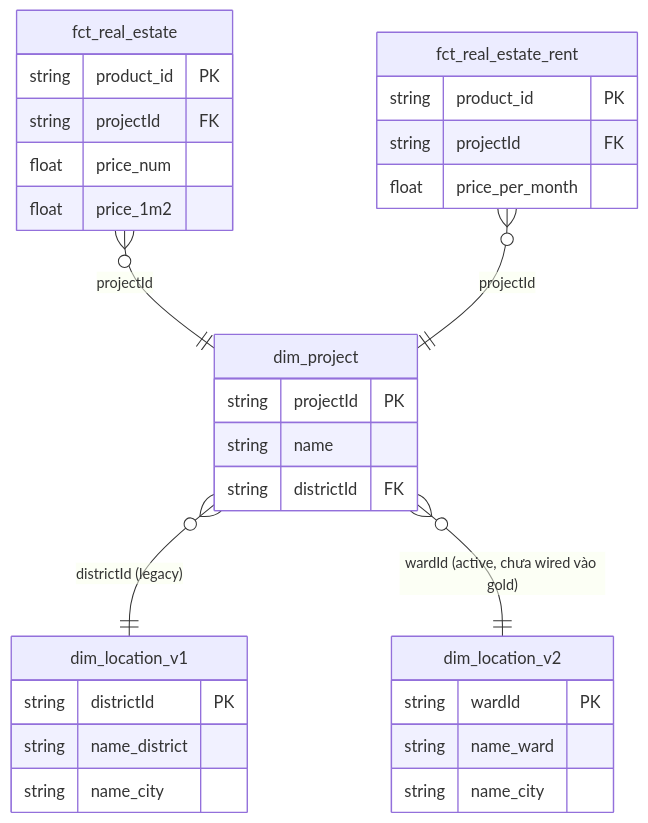
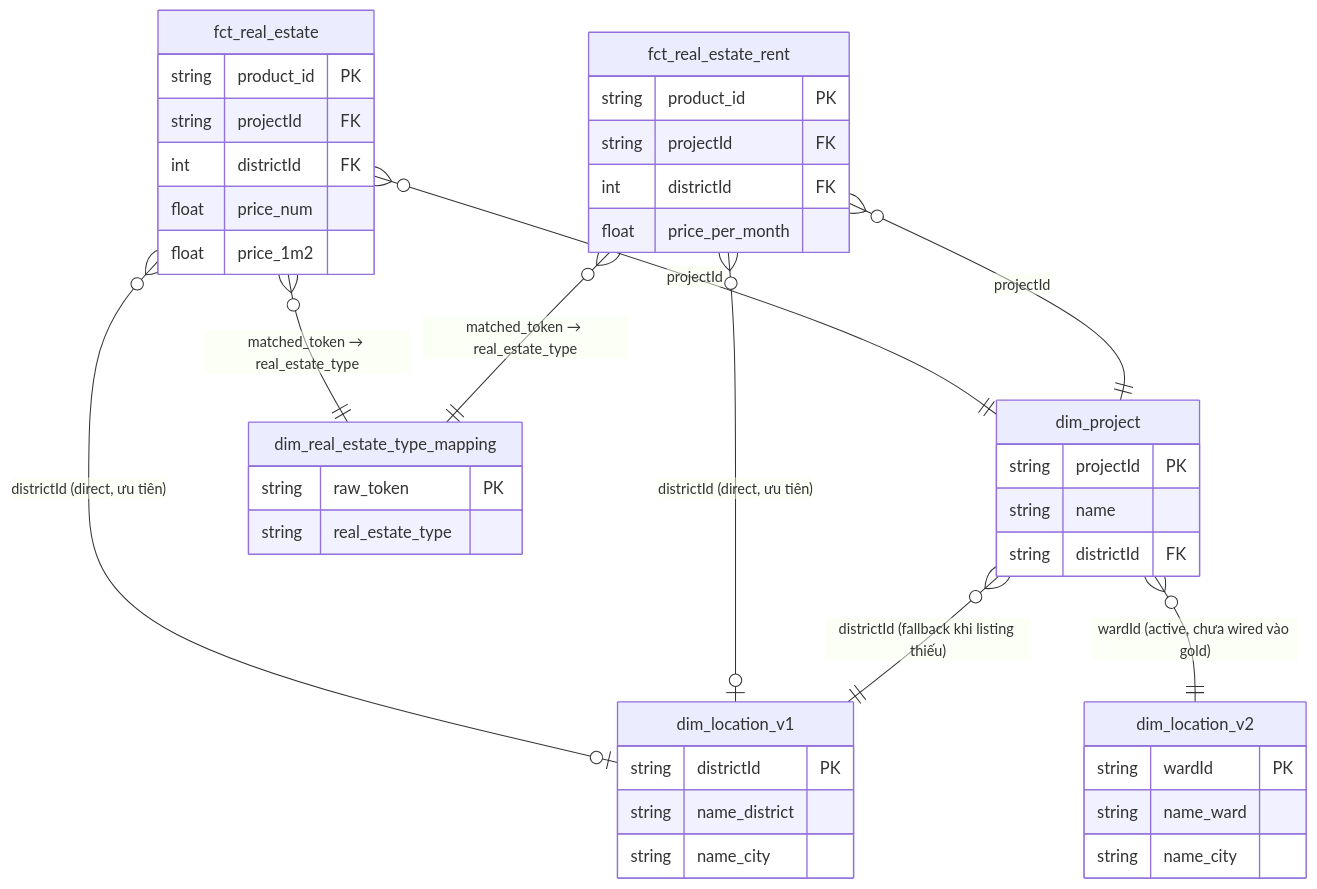
Before and after one commit to DataSpi/scrape-batdongsan-data: the first of 2 diagrams in docs/data-modeling.md, drawn with Mermaid. The commit also changed other lines of this file and 5 other files, not shown here.

````diff
--- a/docs/data-modeling.md
+++ b/docs/data-modeling.md
@@ -13,34 +13,44 @@
 ```mermaid
 erDiagram
     fct_real_estate }o--|| dim_project : "projectId"
     fct_real_estate_rent }o--|| dim_project : "projectId"
-    dim_project }o--|| dim_location_v1 : "districtId (legacy)"
+    fct_real_estate }o--o| dim_location_v1 : "districtId (direct, ưu tiên)"
+    fct_real_estate_rent }o--o| dim_location_v1 : "districtId (direct, ưu tiên)"
+    dim_project }o--|| dim_location_v1 : "districtId (fallback khi listing thiếu)"
     dim_project }o--|| dim_location_v2 : "wardId (active, chưa wired vào gold)"
+    fct_real_estate }o--|| dim_real_estate_type_mapping : "matched_token → real_estate_type"
+    fct_real_estate_rent }o--|| dim_real_estate_type_mapping : "matched_token → real_estate_type"
 
     fct_real_estate {
         string product_id PK
         string projectId FK
+        int districtId FK
         float price_num
         float price_1m2
     }
     fct_real_estate_rent {
         string product_id PK
         string projectId FK
+        int districtId FK
         float price_per_month
     }
     dim_project {
         string projectId PK
         string name
         string districtId FK
     }
     dim_location_v1 {
         string districtId PK
         string name_district
         string name_city
     }
     dim_location_v2 {
         string wardId PK
         string name_ward
         string name_city
     }
+    dim_real_estate_type_mapping {
+        string raw_token PK
+        string real_estate_type
+    }
 ```
````
